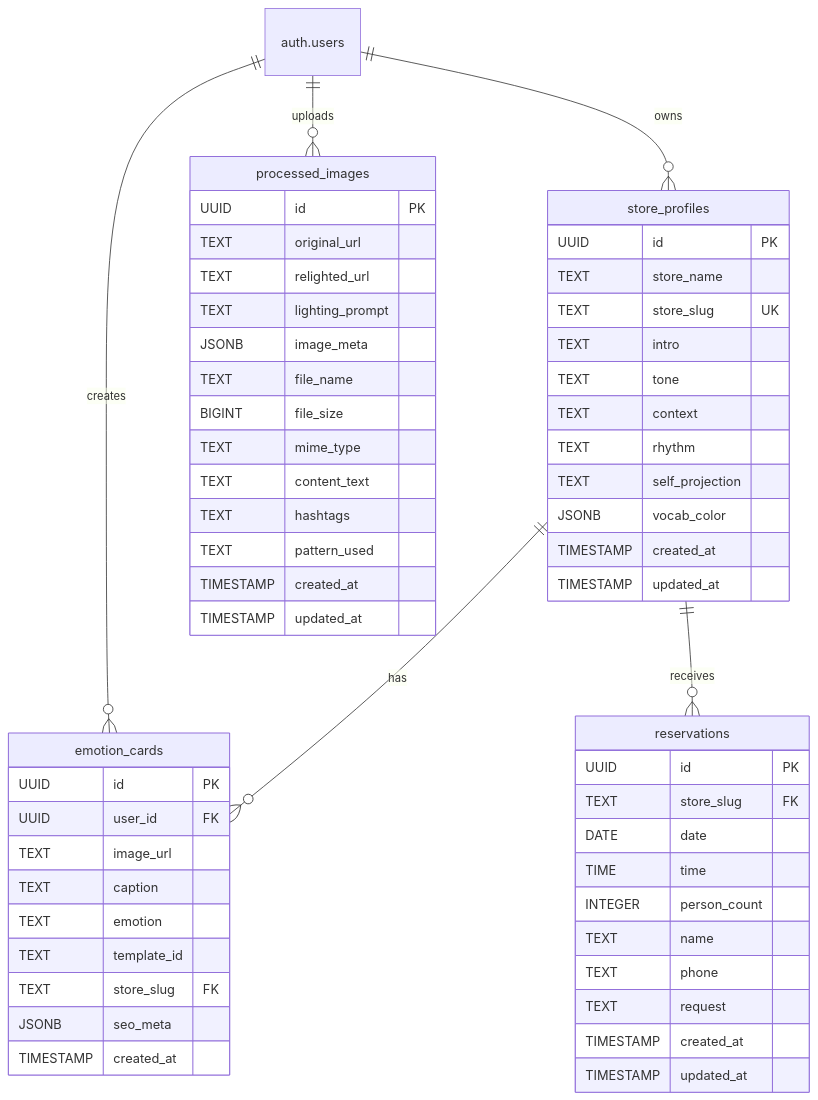
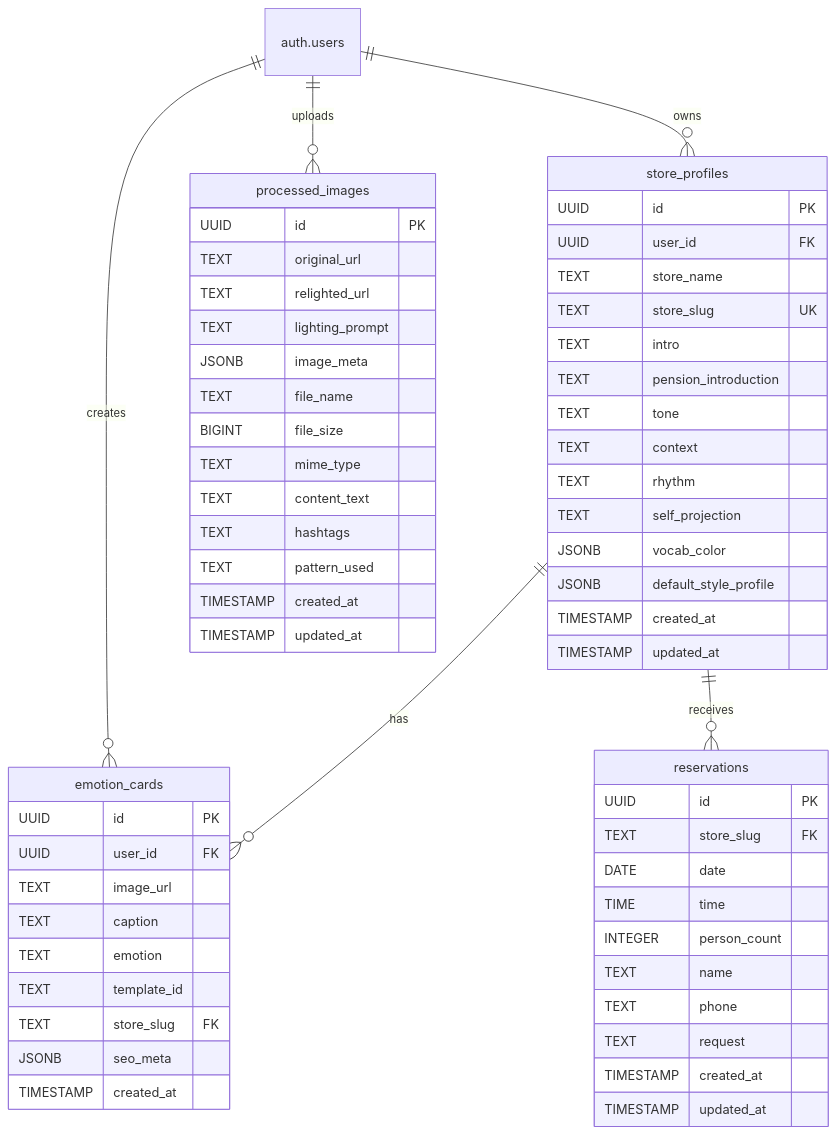
One commit to psb1792/StayPost changed the diagram in docs/DATABASE_SCHEMA.md. Above: the diagram before and after it, drawn with Mermaid. The commit also changed other lines of this file and 9 other files, not shown here.

````diff
--- a/docs/DATABASE_SCHEMA.md
+++ b/docs/DATABASE_SCHEMA.md
@@ -40,63 +40,66 @@
 ```mermaid
 erDiagram
     auth.users ||--o{ store_profiles : "owns"
     auth.users ||--o{ emotion_cards : "creates"
     auth.users ||--o{ processed_images : "uploads"
     store_profiles ||--o{ emotion_cards : "has"
     store_profiles ||--o{ reservations : "receives"
     
     store_profiles {
         UUID id PK
+        UUID user_id FK
         TEXT store_name
         TEXT store_slug UK
         TEXT intro
+        TEXT pension_introduction
         TEXT tone
         TEXT context
         TEXT rhythm
         TEXT self_projection
         JSONB vocab_color
+        JSONB default_style_profile
         TIMESTAMP created_at
         TIMESTAMP updated_at
     }
     
     emotion_cards {
         UUID id PK
         UUID user_id FK
         TEXT image_url
         TEXT caption
         TEXT emotion
         TEXT template_id
         TEXT store_slug FK
         JSONB seo_meta
         TIMESTAMP created_at
     }
     
     processed_images {
         UUID id PK
         TEXT original_url
         TEXT relighted_url
         TEXT lighting_prompt
         JSONB image_meta
         TEXT file_name
         BIGINT file_size
         TEXT mime_type
         TEXT content_text
         TEXT hashtags
         TEXT pattern_used
         TIMESTAMP created_at
         TIMESTAMP updated_at
     }
     
     reservations {
         UUID id PK
         TEXT store_slug FK
         DATE date
         TIME time
         INTEGER person_count
         TEXT name
         TEXT phone
         TEXT request
         TIMESTAMP created_at
         TIMESTAMP updated_at
     }
 ```
````
